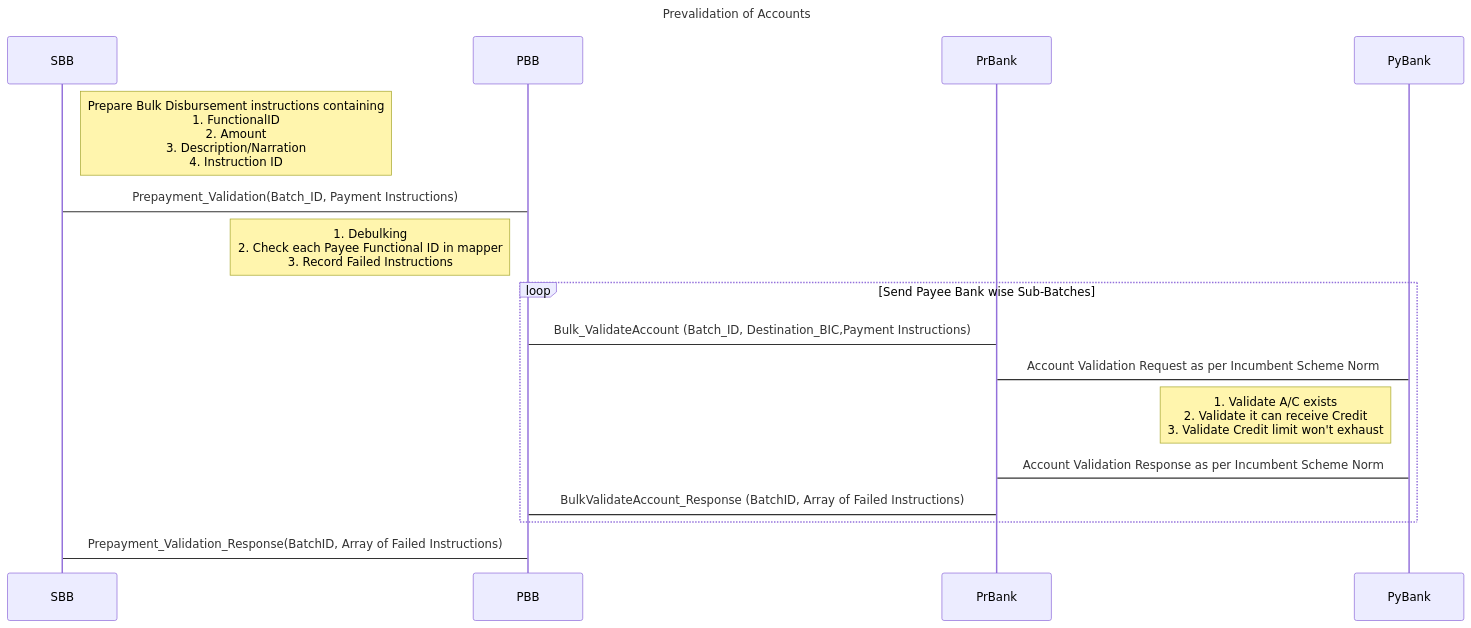
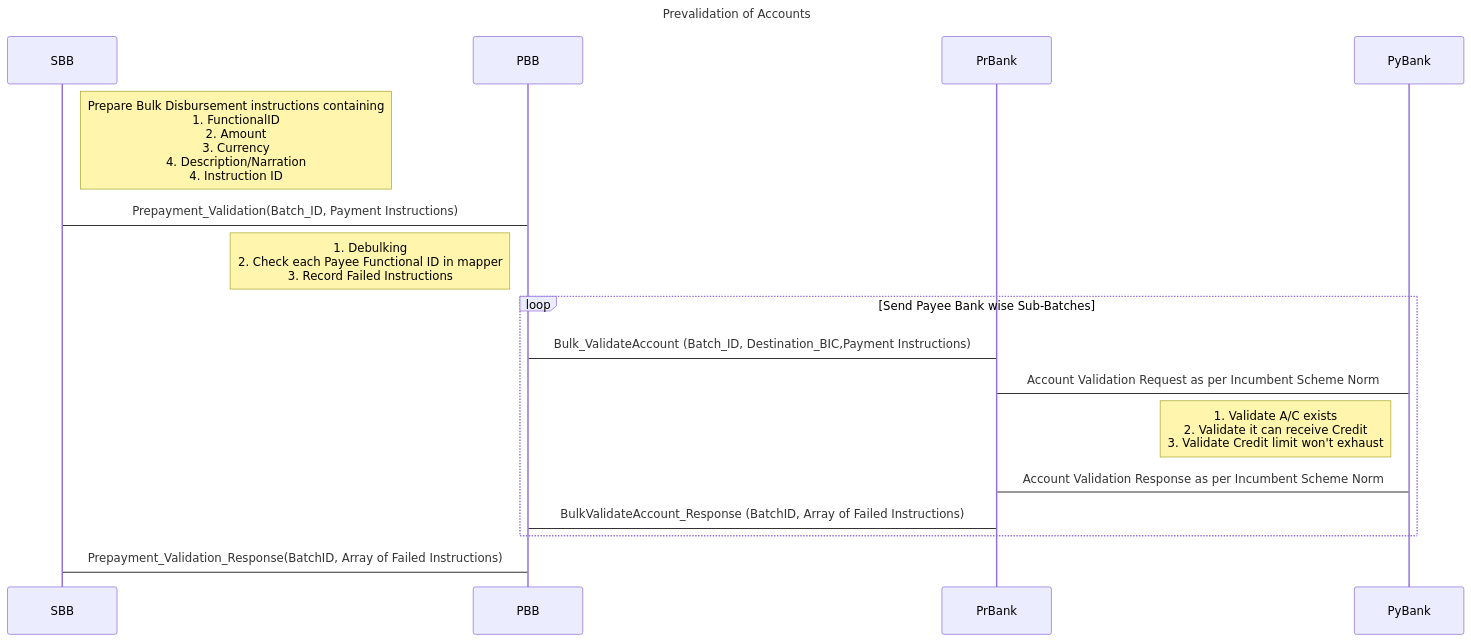
Before and after one commit to GovStackWorkingGroup/bb-payments: the second of 11 diagrams in spec/9-internal-workflows.md, drawn with Mermaid. The commit also changed other lines of this file and 14 other files, not shown here.

````diff
--- a/spec/9-internal-workflows.md
+++ b/spec/9-internal-workflows.md
@@ -50,24 +58,24 @@
 ```mermaid
 sequenceDiagram
 title Prevalidation of Accounts
 
-note right of SBB: Prepare Bulk Disbursement instructions containing <br>1. FunctionalID <br>2. Amount <br>3. Description/Narration <br>4. Instruction ID
+note right of SBB: Prepare Bulk Disbursement instructions containing <br>1. FunctionalID <br>2. Amount <br>3. Currency <br>4. Description/Narration <br>4. Instruction ID
 
 SBB -> PBB:  Prepayment_Validation(Batch_ID, Payment Instructions)
 
 note left of PBB: 1. Debulking <br>2. Check each Payee Functional ID in mapper <br>3. Record Failed Instructions
 
 loop Send Payee Bank wise Sub-Batches
 PBB -> PrBank: Bulk_ValidateAccount (Batch_ID, Destination_BIC,Payment Instructions)
 PrBank -> PyBank: Account Validation Request as per Incumbent Scheme Norm
 
 note left of PyBank: 1. Validate A/C exists <br>2. Validate it can receive Credit <br>3. Validate Credit limit won't exhaust
 
 PyBank -> PrBank: Account Validation Response as per Incumbent Scheme Norm
 PrBank -> PBB: BulkValidateAccount_Response (BatchID, Array of Failed Instructions)
 end
 
 PBB -> SBB: Prepayment_Validation_Response(BatchID, Array of Failed Instructions)
 
 
 ```
````
